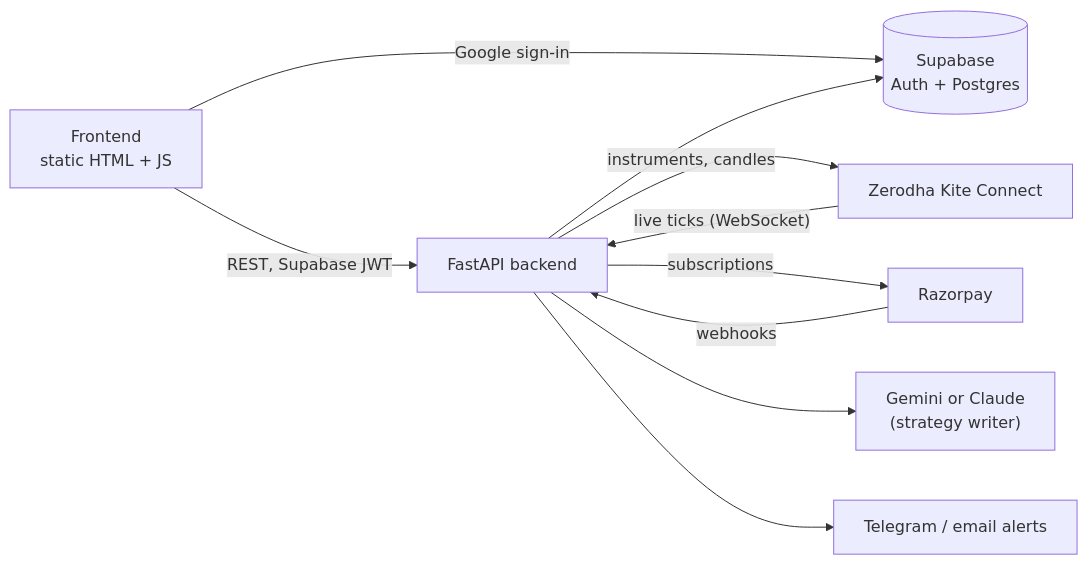
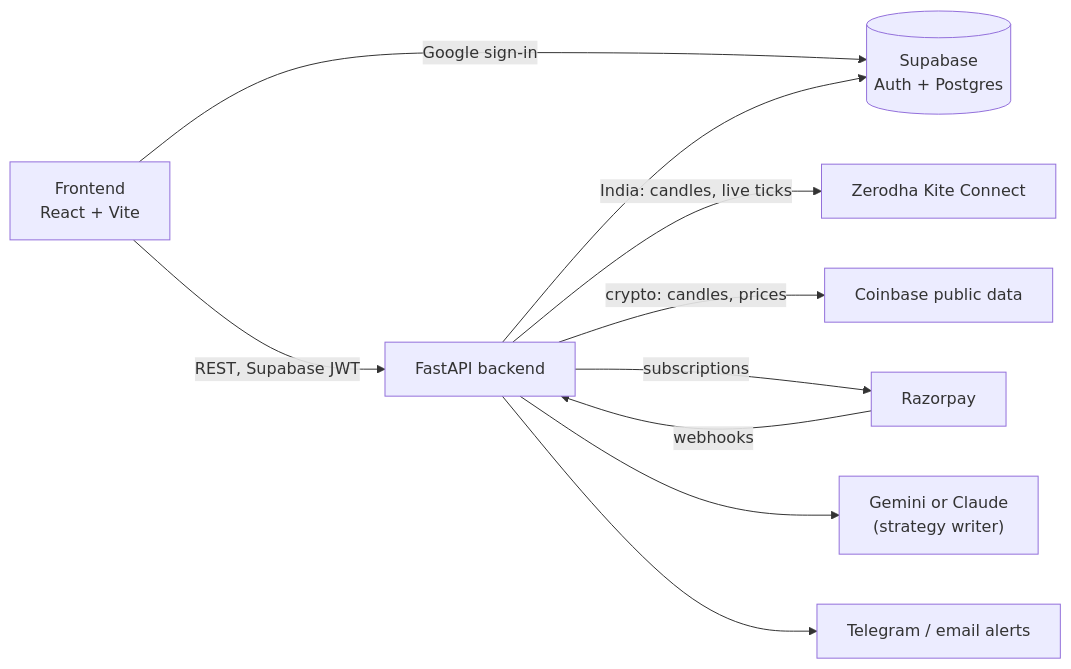
Before and after one commit to prakul1982/stratlab: the diagram in README.md, drawn with Mermaid. The commit also changed other lines of this file and 46 other files, not shown here.

````diff
--- a/README.md
+++ b/README.md
@@ -40,12 +46,12 @@
 ```mermaid
 flowchart LR
-    UI["Frontend<br/>static HTML + JS"] -- "REST, Supabase JWT" --> API["FastAPI backend"]
+    UI["Frontend<br/>React + Vite"] -- "REST, Supabase JWT" --> API["FastAPI backend"]
     UI -- "Google sign-in" --> SB[("Supabase<br/>Auth + Postgres")]
     API --> SB
-    API -- "instruments, candles" --> KITE["Zerodha Kite Connect"]
-    KITE -- "live ticks (WebSocket)" --> API
+    API -- "India: candles, live ticks" --> KITE["Zerodha Kite Connect"]
+    API -- "crypto: candles, prices" --> CB["Coinbase public data"]
     API -- "subscriptions" --> RZP["Razorpay"]
     RZP -- "webhooks" --> API
     API --> AI["Gemini or Claude<br/>(strategy writer)"]
     API --> ALERT["Telegram / email alerts"]
 ```
````
